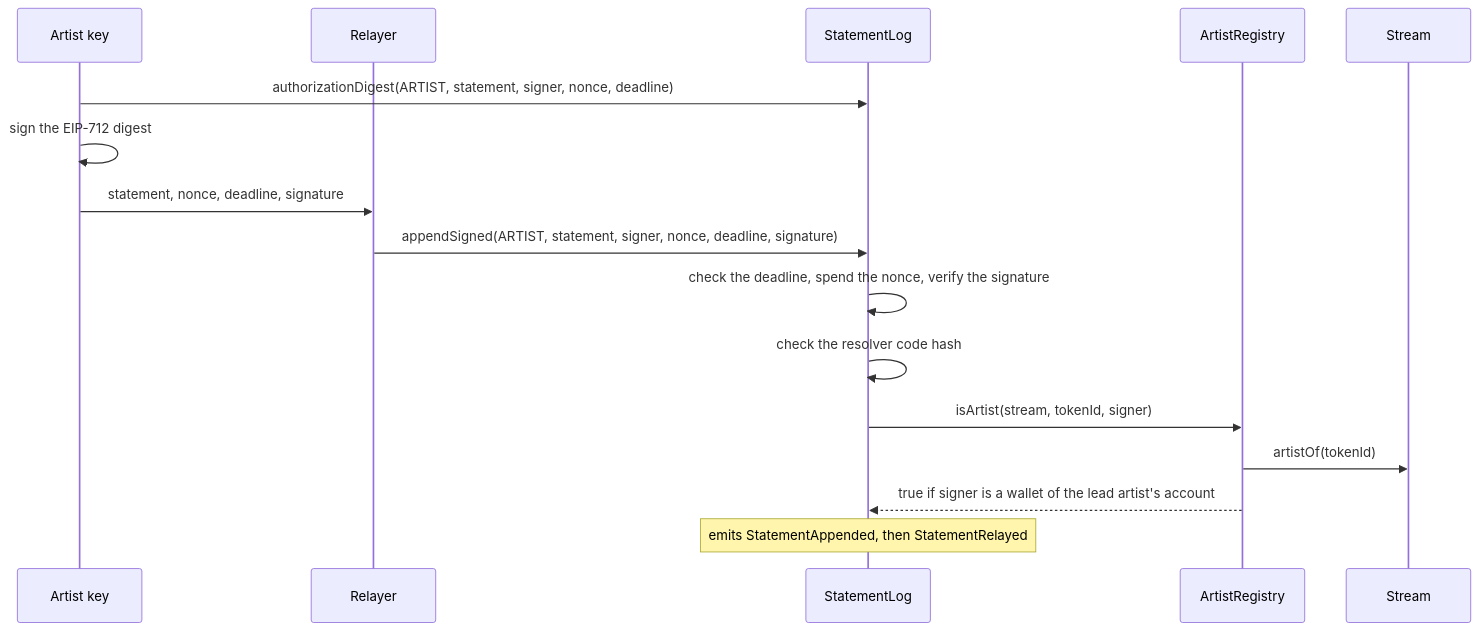
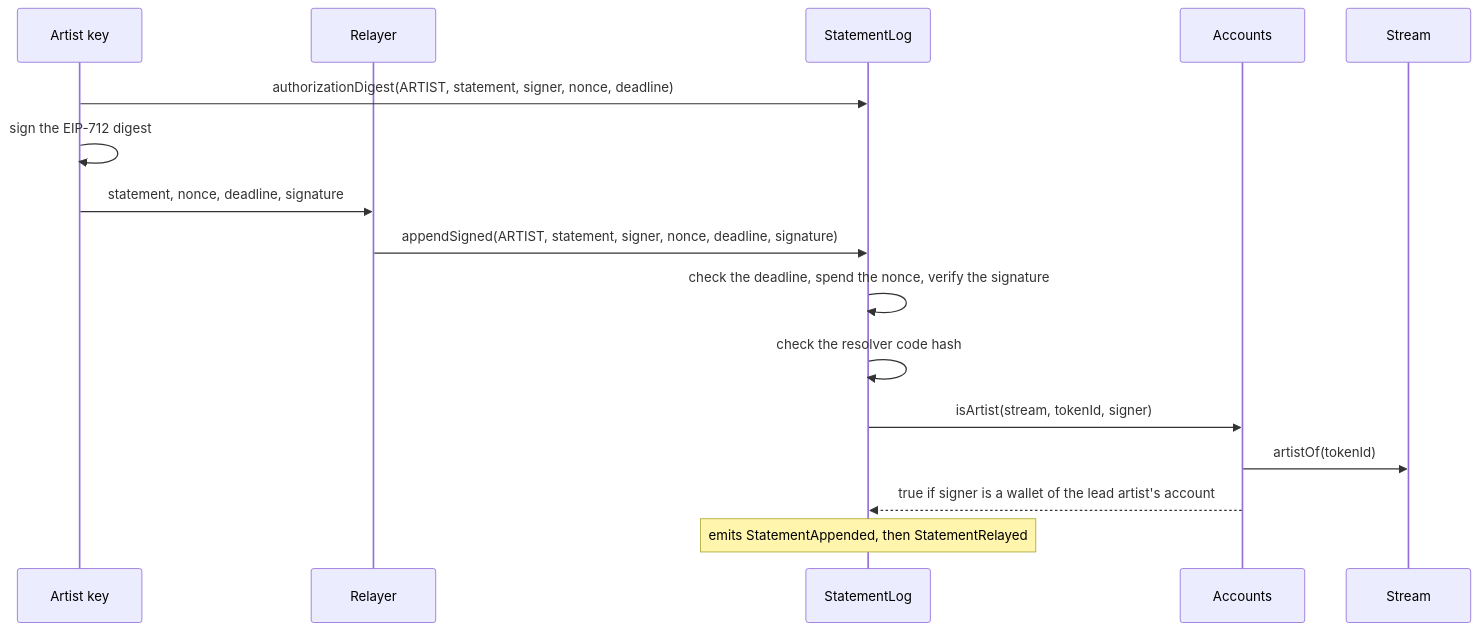
One commit to 6529-Collections/6529-works changed the eighth of 9 diagrams in docs/spec/disputes-and-statements.md. Above: the diagram before and after it, drawn with Mermaid. The commit also changed other lines of this file and 12 other files, not shown here.

````diff
--- a/docs/spec/disputes-and-statements.md
+++ b/docs/spec/disputes-and-statements.md
@@ -376,18 +375,18 @@
 ```mermaid
 sequenceDiagram
     participant K as Artist key
     participant X as Relayer
     participant L as StatementLog
-    participant AR as ArtistRegistry
+    participant AR as Accounts
     participant T as Stream
     K->>L: authorizationDigest(ARTIST, statement, signer, nonce, deadline)
     K->>K: sign the EIP-712 digest
     K->>X: statement, nonce, deadline, signature
     X->>L: appendSigned(ARTIST, statement, signer, nonce, deadline, signature)
     L->>L: check the deadline, spend the nonce, verify the signature
     L->>L: check the resolver code hash
     L->>AR: isArtist(stream, tokenId, signer)
     AR->>T: artistOf(tokenId)
     AR-->>L: true if signer is a wallet of the lead artist's account
     Note over L: emits StatementAppended, then StatementRelayed
 ```
````
